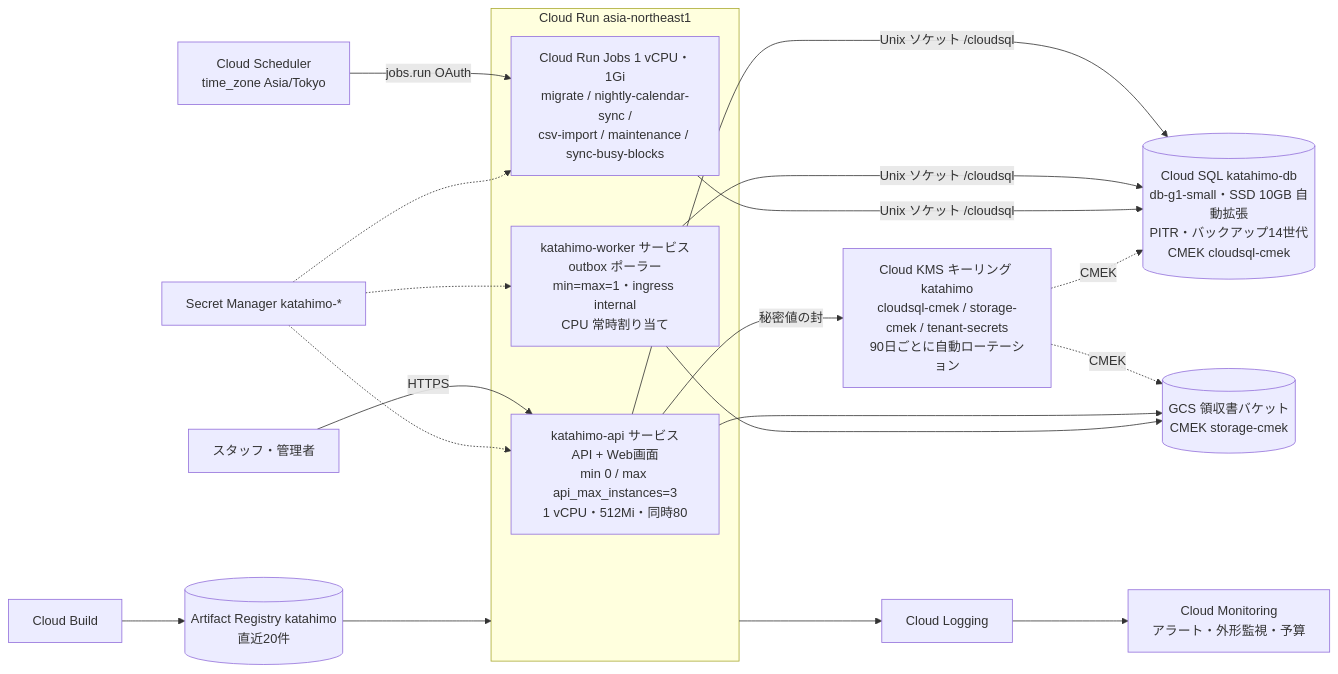
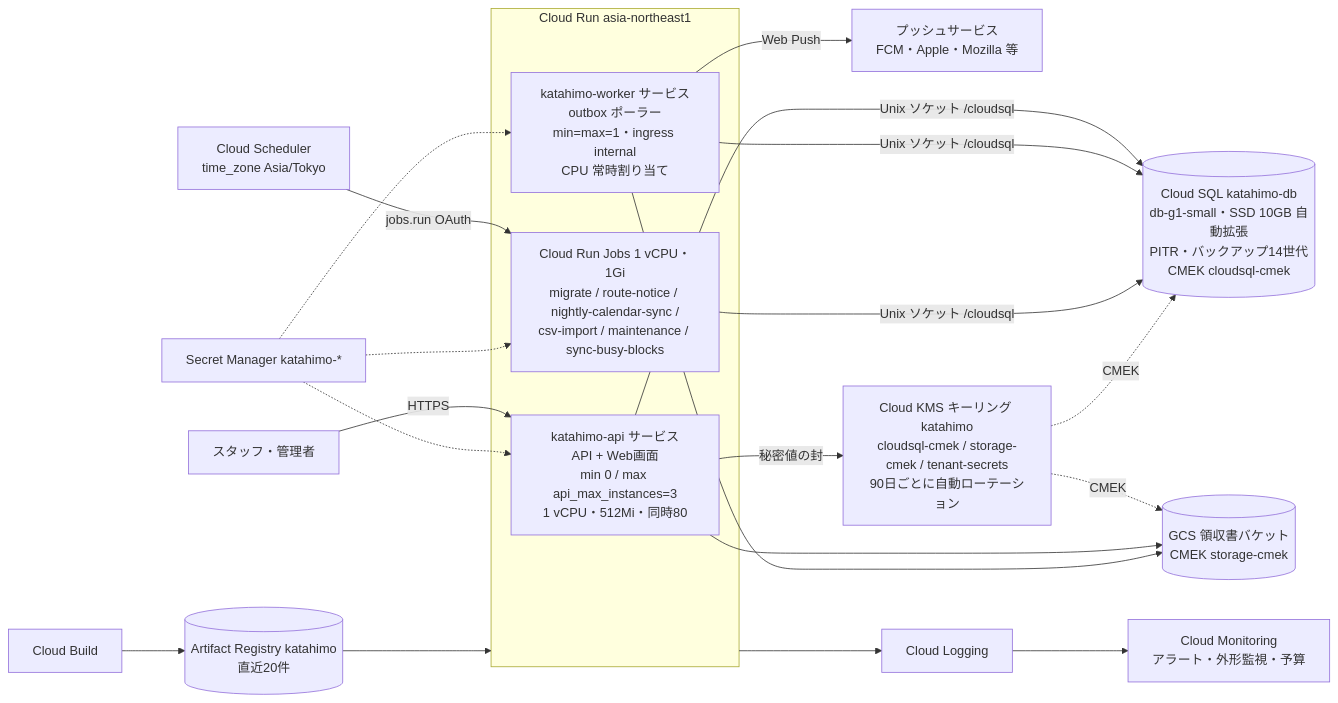
One commit to katahimo-dev/katahimo-app changed the diagram in doc/07_インフラ・運用.md. Above: the diagram before and after it, drawn with Mermaid. The commit also changed other lines of this file and 10 other files, not shown here.

First line of the commit message:
資料: Web Push の翌日の予定のお知らせ

````diff
--- a/doc/07_インフラ・運用.md
+++ b/doc/07_インフラ・運用.md
@@ -23,19 +23,20 @@
 ```mermaid
 flowchart LR
   user[スタッフ・管理者] -->|HTTPS| api
   subgraph run[Cloud Run asia-northeast1]
     api[katahimo-api サービス<br/>API + Web画面<br/>min 0 / max api_max_instances=3<br/>1 vCPU・512Mi・同時80]
     worker[katahimo-worker サービス<br/>outbox ポーラー<br/>min=max=1・ingress internal<br/>CPU 常時割り当て]
-    jobs[Cloud Run Jobs 1 vCPU・1Gi<br/>migrate / nightly-calendar-sync /<br/>csv-import / maintenance / sync-busy-blocks]
+    jobs[Cloud Run Jobs 1 vCPU・1Gi<br/>migrate / route-notice / nightly-calendar-sync /<br/>csv-import / maintenance / sync-busy-blocks]
   end
+  worker -->|Web Push| pushsvc[プッシュサービス<br/>FCM・Apple・Mozilla 等]
   sched[Cloud Scheduler<br/>time_zone Asia/Tokyo] -->|jobs.run OAuth| jobs
   api & worker & jobs -->|Unix ソケット /cloudsql| sql[(Cloud SQL katahimo-db<br/>db-g1-small・SSD 10GB 自動拡張<br/>PITR・バックアップ14世代<br/>CMEK cloudsql-cmek)]
   kms[Cloud KMS キーリング katahimo<br/>cloudsql-cmek / storage-cmek / tenant-secrets<br/>90日ごとに自動ローテーション]
   kms -.->|CMEK| sql & gcs
   api -->|秘密値の封| kms
   sm[Secret Manager katahimo-*] -.-> api & worker & jobs
   api --> gcs[(GCS 領収書バケット<br/>CMEK storage-cmek)]
   worker --> gcs
   cb[Cloud Build] --> ar[(Artifact Registry katahimo<br/>直近20件)] --> run
   run --> logging[Cloud Logging] --> mon[Cloud Monitoring<br/>アラート・外形監視・予算]
 ```
````
